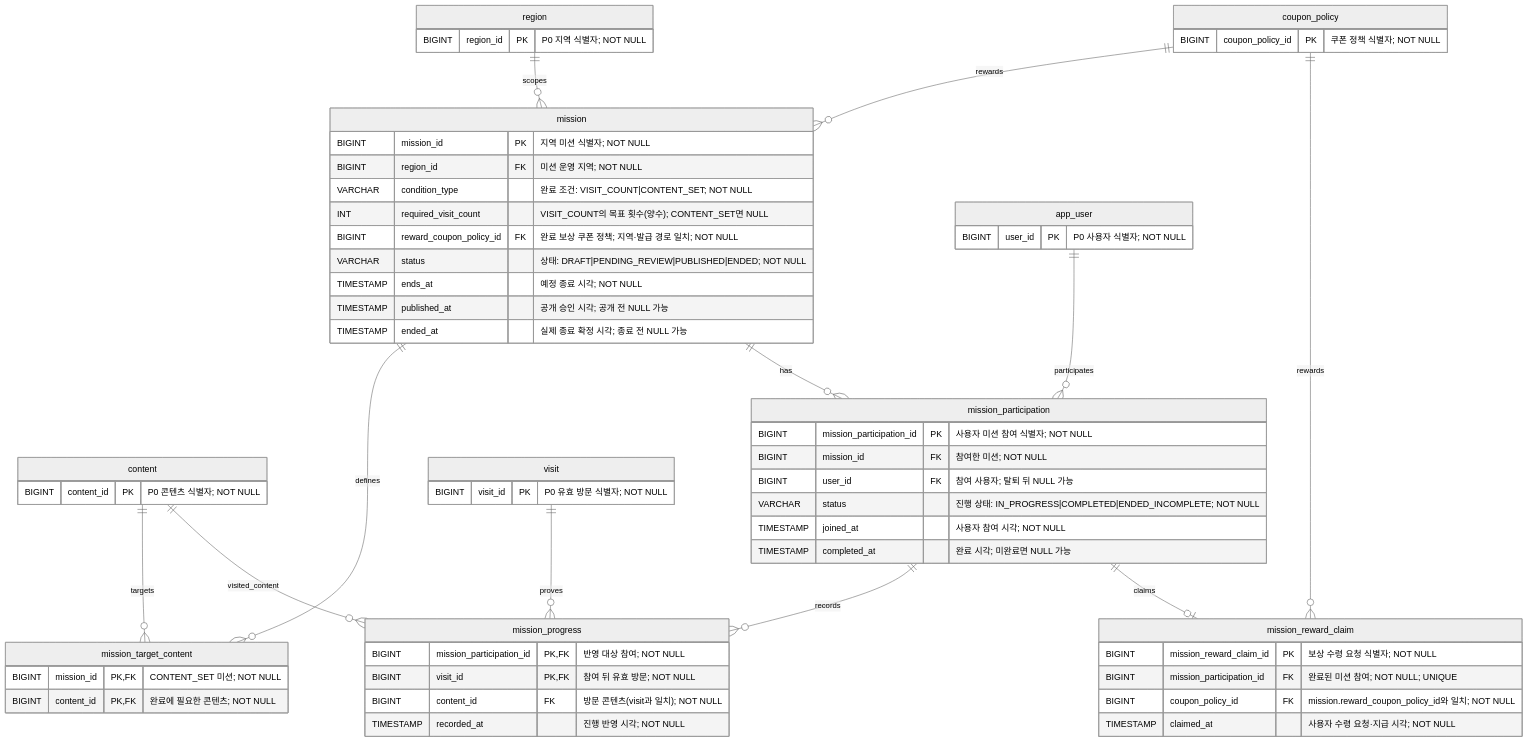
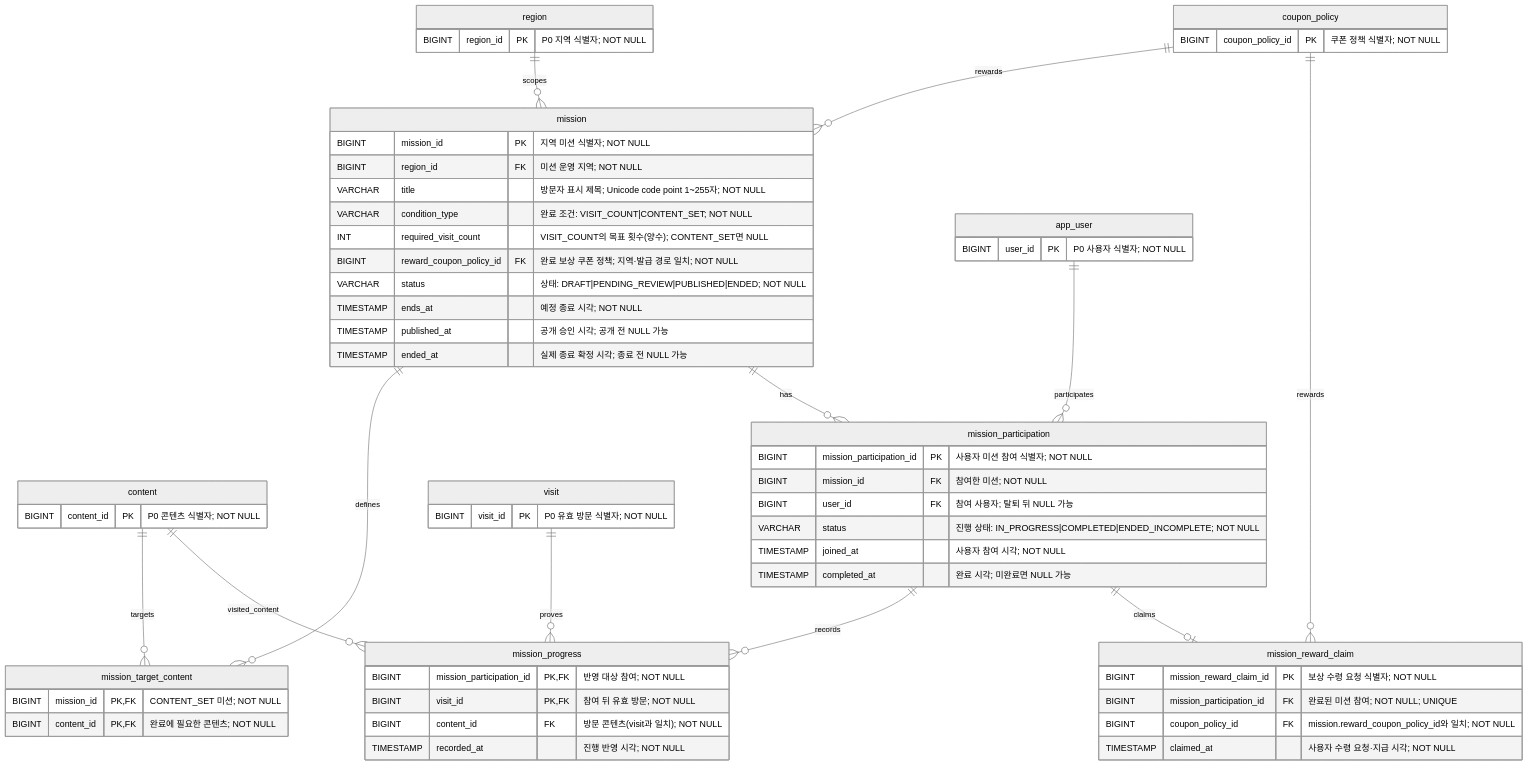
Before and after one commit to Gimhae-Yay/Regional-Event-Platform-Backend: the third of 5 diagrams in docs/p1-erd.md, drawn with Mermaid (neutral theme). The commit also changed other lines of this file and 8 other files, not shown here.

````diff
--- a/docs/p1-erd.md
+++ b/docs/p1-erd.md
@@ -155,65 +155,66 @@
 ```mermaid
 erDiagram
     region ||--o{ mission : scopes
     coupon_policy ||--o{ mission : rewards
     mission ||--o{ mission_target_content : defines
     content ||--o{ mission_target_content : targets
     mission ||--o{ mission_participation : has
     app_user ||--o{ mission_participation : participates
     mission_participation ||--o{ mission_progress : records
     content ||--o{ mission_progress : visited_content
     visit ||--o{ mission_progress : proves
     mission_participation ||--o| mission_reward_claim : claims
     coupon_policy ||--o{ mission_reward_claim : rewards
 
     app_user {
         BIGINT user_id PK "P0 사용자 식별자; NOT NULL"
     }
     region {
         BIGINT region_id PK "P0 지역 식별자; NOT NULL"
     }
     content {
         BIGINT content_id PK "P0 콘텐츠 식별자; NOT NULL"
     }
     visit {
         BIGINT visit_id PK "P0 유효 방문 식별자; NOT NULL"
     }
     coupon_policy {
         BIGINT coupon_policy_id PK "쿠폰 정책 식별자; NOT NULL"
     }
     mission {
         BIGINT mission_id PK "지역 미션 식별자; NOT NULL"
         BIGINT region_id FK "미션 운영 지역; NOT NULL"
+        VARCHAR title "방문자 표시 제목; Unicode code point 1~255자; NOT NULL"
         VARCHAR condition_type "완료 조건: VISIT_COUNT|CONTENT_SET; NOT NULL"
         INT required_visit_count "VISIT_COUNT의 목표 횟수(양수); CONTENT_SET면 NULL"
         BIGINT reward_coupon_policy_id FK "완료 보상 쿠폰 정책; 지역·발급 경로 일치; NOT NULL"
         VARCHAR status "상태: DRAFT|PENDING_REVIEW|PUBLISHED|ENDED; NOT NULL"
         TIMESTAMP ends_at "예정 종료 시각; NOT NULL"
         TIMESTAMP published_at "공개 승인 시각; 공개 전 NULL 가능"
         TIMESTAMP ended_at "실제 종료 확정 시각; 종료 전 NULL 가능"
     }
     mission_target_content {
         BIGINT mission_id PK, FK "CONTENT_SET 미션; NOT NULL"
         BIGINT content_id PK, FK "완료에 필요한 콘텐츠; NOT NULL"
     }
     mission_participation {
         BIGINT mission_participation_id PK "사용자 미션 참여 식별자; NOT NULL"
         BIGINT mission_id FK "참여한 미션; NOT NULL"
         BIGINT user_id FK "참여 사용자; 탈퇴 뒤 NULL 가능"
         VARCHAR status "진행 상태: IN_PROGRESS|COMPLETED|ENDED_INCOMPLETE; NOT NULL"
         TIMESTAMP joined_at "사용자 참여 시각; NOT NULL"
         TIMESTAMP completed_at "완료 시각; 미완료면 NULL 가능"
     }
     mission_progress {
         BIGINT mission_participation_id PK, FK "반영 대상 참여; NOT NULL"
         BIGINT visit_id PK, FK "참여 뒤 유효 방문; NOT NULL"
         BIGINT content_id FK "방문 콘텐츠(visit과 일치); NOT NULL"
         TIMESTAMP recorded_at "진행 반영 시각; NOT NULL"
     }
     mission_reward_claim {
         BIGINT mission_reward_claim_id PK "보상 수령 요청 식별자; NOT NULL"
         BIGINT mission_participation_id FK "완료된 미션 참여; NOT NULL; UNIQUE"
         BIGINT coupon_policy_id FK "mission.reward_coupon_policy_id와 일치; NOT NULL"
         TIMESTAMP claimed_at "사용자 수령 요청·지급 시각; NOT NULL"
     }
 ```
````
